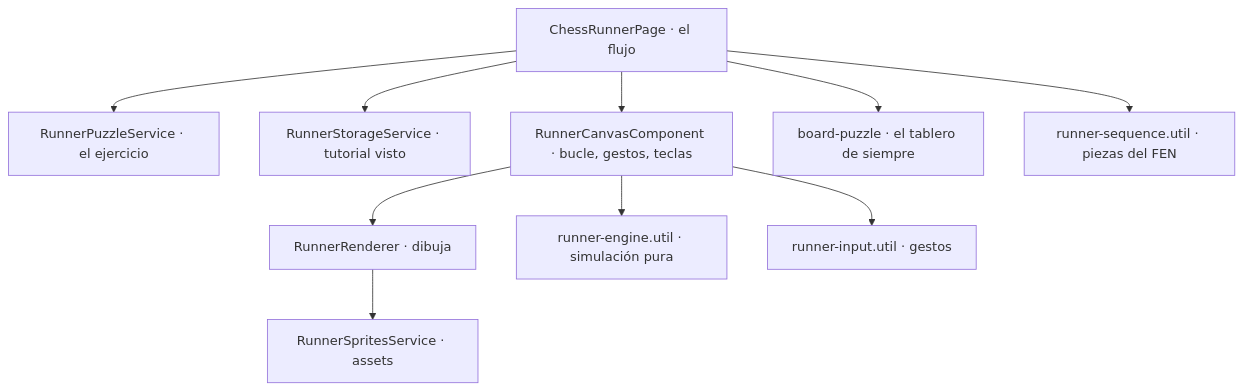
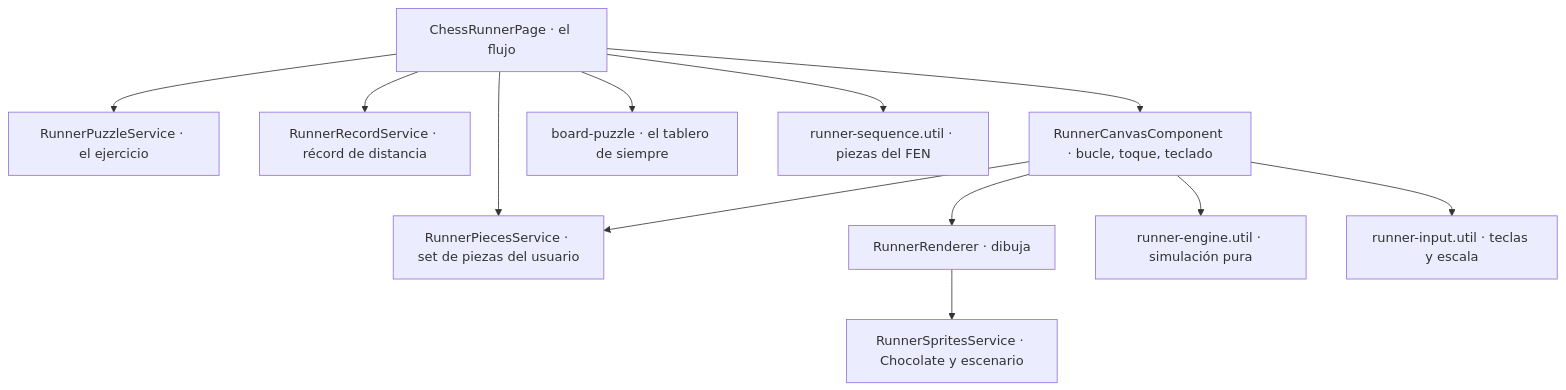
One commit to json-alzate/ChessPark changed the diagram in docs/implementado/CHESS_RUNNER_FLOW.md. Above: the diagram before and after it, drawn with Mermaid. The commit also changed other lines of this file and 61 other files, not shown here.

First line of the commit message:
feat(chess-runner): partidas con doble salto, piezas con movimiento propio, galletas y récord de distancia

````diff
--- a/docs/implementado/CHESS_RUNNER_FLOW.md
+++ b/docs/implementado/CHESS_RUNNER_FLOW.md
@@ -124,12 +208,14 @@
 ```mermaid
 flowchart TD
   P["ChessRunnerPage · el flujo"] --> PS["RunnerPuzzleService · el ejercicio"]
-  P --> ST["RunnerStorageService · tutorial visto"]
-  P --> C["RunnerCanvasComponent · bucle, gestos, teclas"]
+  P --> PI["RunnerPiecesService · set de piezas del usuario"]
+  P --> RR["RunnerRecordService · récord de distancia"]
+  P --> C["RunnerCanvasComponent · bucle, toque, teclado"]
   P --> B["board-puzzle · el tablero de siempre"]
   C --> R["RunnerRenderer · dibuja"]
   C --> E["runner-engine.util · simulación pura"]
-  C --> I["runner-input.util · gestos"]
+  C --> I["runner-input.util · teclas y escala"]
   P --> S["runner-sequence.util · piezas del FEN"]
-  R --> SP["RunnerSpritesService · assets"]
+  C --> PI
+  R --> SP["RunnerSpritesService · Chocolate y escenario"]
 ```
````
